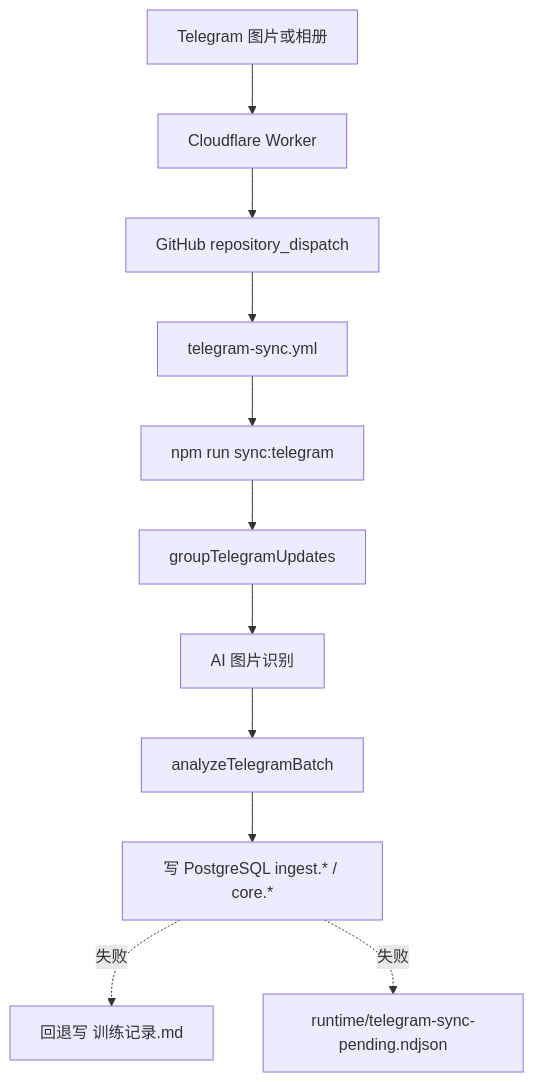
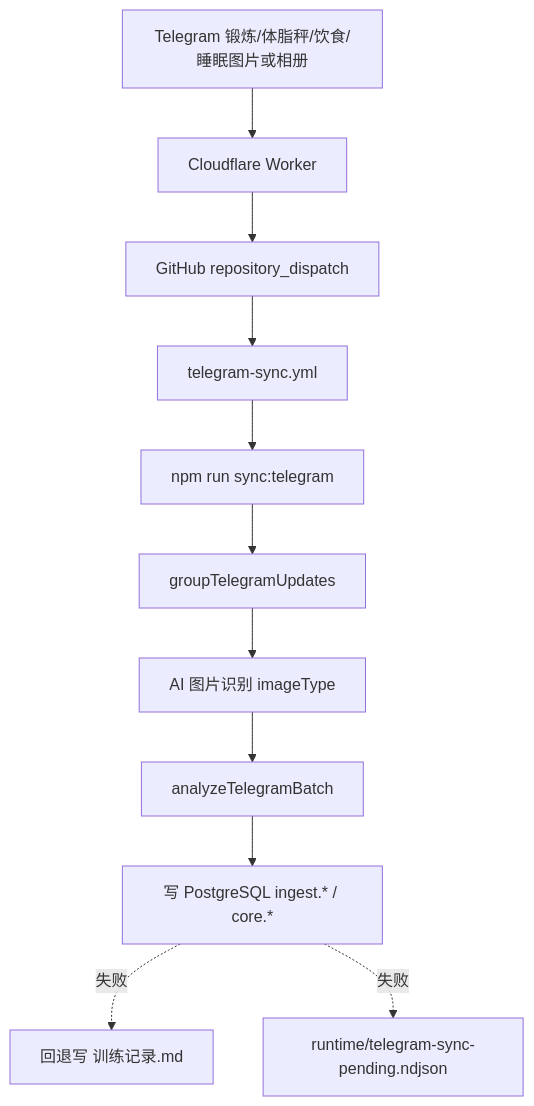
Before and after one commit to soulgo/training_records: the second of 4 diagrams in docs/数据流转/数据流转说明.md, drawn with Mermaid. The commit also changed other lines of this file and 16 other files, not shown here.

Commit message:
docs: 更新 Telegram 图片解析文档并发布 1.2.2

````diff
--- a/docs/数据流转/数据流转说明.md
+++ b/docs/数据流转/数据流转说明.md
@@ -29,13 +29,13 @@
 ```mermaid
 flowchart TD
-  T["Telegram 图片或相册"] --> W["Cloudflare Worker"]
+  T["Telegram 锻炼/体脂秤/饮食/睡眠图片或相册"] --> W["Cloudflare Worker"]
   W --> R["GitHub repository_dispatch"]
   R --> A["telegram-sync.yml"]
   A --> S["npm run sync:telegram"]
   S --> G["groupTelegramUpdates"]
-  G --> AI["AI 图片识别"]
+  G --> AI["AI 图片识别 imageType"]
   AI --> N["analyzeTelegramBatch"]
   N --> DB["写 PostgreSQL ingest.* / core.*"]
   DB -. "失败" .-> M["回退写 训练记录.md"]
   DB -. "失败" .-> Q["runtime/telegram-sync-pending.ndjson"]
 ```
````
